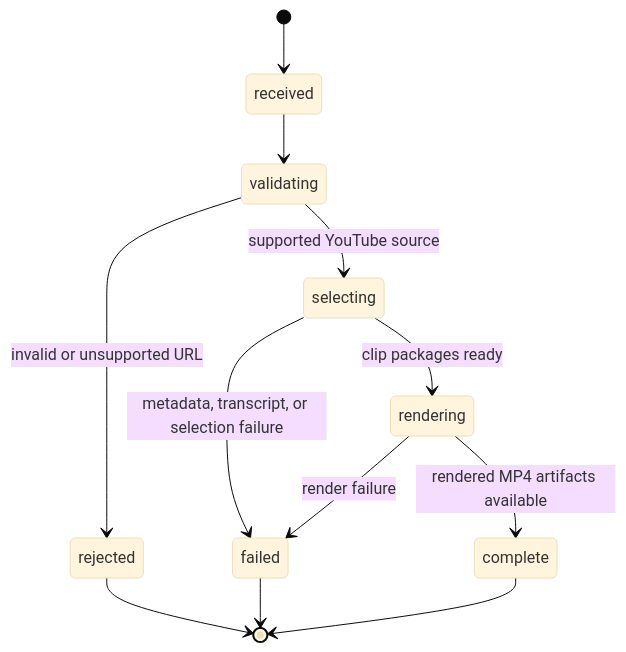
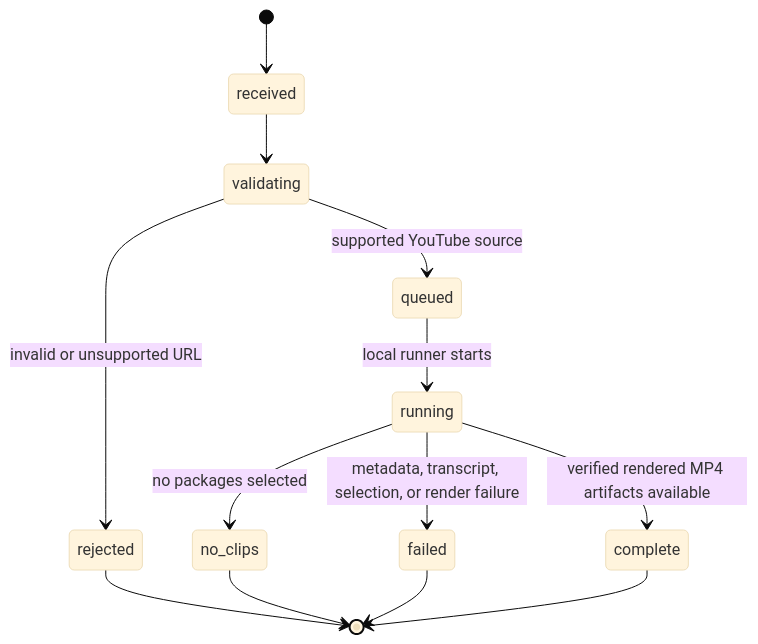
One commit to feraranas/just-a-clipper-engine changed the second of 2 diagrams in docs/features/single-url-audiogram-plugin.md. Above: the diagram before and after it, drawn with Mermaid (base theme). The commit also changed other lines of this file and 2 other files, not shown here.

Commit message:
docs: adapt Audiogram plugin plan for local MCP tunnel

````diff
--- a/docs/features/single-url-audiogram-plugin.md
+++ b/docs/features/single-url-audiogram-plugin.md
@@ -36,14 +42,15 @@
 ```mermaid
 stateDiagram-v2
   [*] --> received
   received --> validating
   validating --> rejected: invalid or unsupported URL
-  validating --> selecting: supported YouTube source
-  selecting --> failed: metadata, transcript, or selection failure
-  selecting --> rendering: clip packages ready
-  rendering --> failed: render failure
-  rendering --> complete: rendered MP4 artifacts available
+  validating --> queued: supported YouTube source
+  queued --> running: local runner starts
+  running --> failed: metadata, transcript, selection, or render failure
+  running --> no_clips: no packages selected
+  running --> complete: verified rendered MP4 artifacts available
   rejected --> [*]
+  no_clips --> [*]
   failed --> [*]
   complete --> [*]
 ```
````
